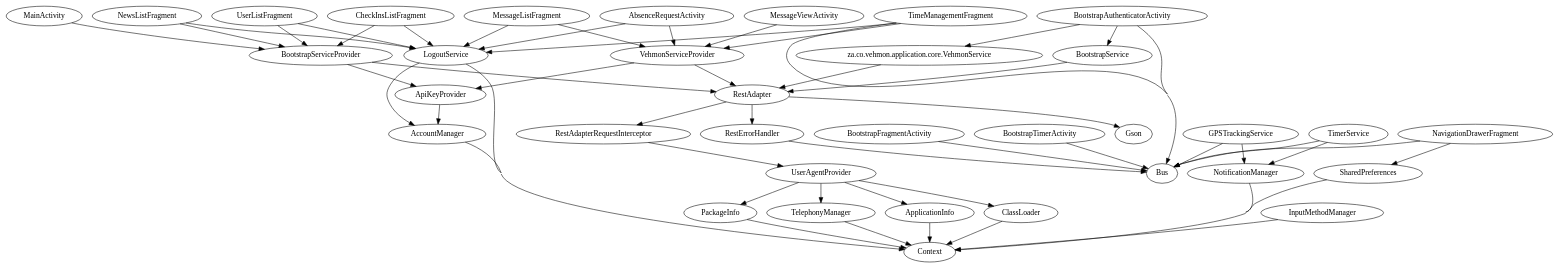
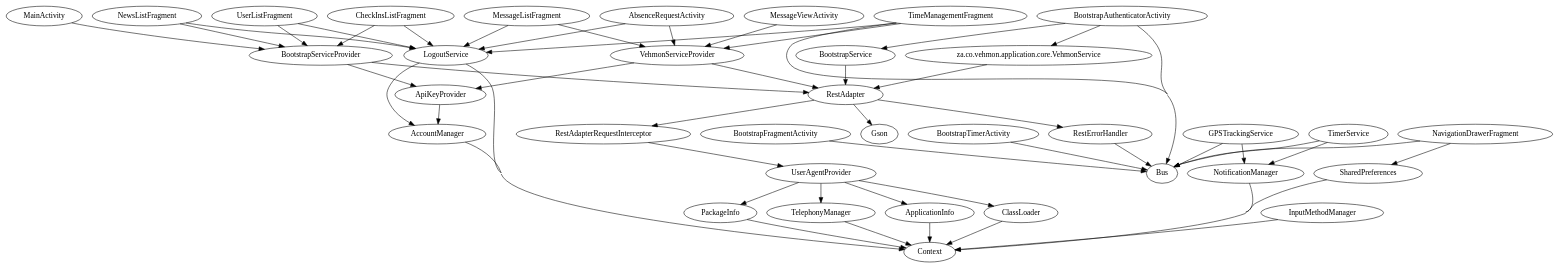
One commit to Renaldobenji/android-vehmon changed the diagram in app/build/intermediates/classes/debug/za/co/vehmon/application/RootModule.dot. Above: the diagram before and after it, drawn with Graphviz. The commit also changed other lines of this file and 139 other files, not shown here.

```diff
--- a/app/build/intermediates/classes/debug/za/co/vehmon/application/RootModule.dot
+++ b/app/build/intermediates/classes/debug/za/co/vehmon/application/RootModule.dot
@@ -1,56 +1,56 @@
 digraph G1 {
   concentrate = true;
   AbsenceRequestActivity -> LogoutService;
   AbsenceRequestActivity -> VehmonServiceProvider;
   AccountManager -> Context;
   ApiKeyProvider -> AccountManager;
   ApplicationInfo -> Context;
-  BootstrapAuthenticatorActivity -> Bus;
+  BootstrapAuthenticatorActivity -> BootstrapService;
   n2 [label="za.co.vehmon.application.core.VehmonService"];
   BootstrapAuthenticatorActivity -> n2;
-  BootstrapAuthenticatorActivity -> BootstrapService;
+  BootstrapAuthenticatorActivity -> Bus;
   BootstrapFragmentActivity -> Bus;
   BootstrapService -> RestAdapter;
+  BootstrapServiceProvider -> ApiKeyProvider;
   BootstrapServiceProvider -> RestAdapter;
-  BootstrapServiceProvider -> ApiKeyProvider;
   BootstrapTimerActivity -> Bus;
   CheckInsListFragment -> LogoutService;
   CheckInsListFragment -> BootstrapServiceProvider;
   ClassLoader -> Context;
   GPSTrackingService -> NotificationManager;
   GPSTrackingService -> Bus;
   InputMethodManager -> Context;
+  LogoutService -> Context;
   LogoutService -> AccountManager;
-  LogoutService -> Context;
   MainActivity -> BootstrapServiceProvider;
   MessageListFragment -> LogoutService;
   MessageListFragment -> VehmonServiceProvider;
   MessageViewActivity -> VehmonServiceProvider;
   NavigationDrawerFragment -> Bus;
   NavigationDrawerFragment -> SharedPreferences;
   NewsListFragment -> LogoutService;
   NewsListFragment -> BootstrapServiceProvider;
   NotificationManager -> Context;
   PackageInfo -> Context;
+  RestAdapter -> Gson;
+  RestAdapter -> RestErrorHandler;
   RestAdapter -> RestAdapterRequestInterceptor;
-  RestAdapter -> RestErrorHandler;
-  RestAdapter -> Gson;
   RestAdapterRequestInterceptor -> UserAgentProvider;
   RestErrorHandler -> Bus;
   SharedPreferences -> Context;
   TelephonyManager -> Context;
+  TimeManagementFragment -> LogoutService;
   TimeManagementFragment -> Bus;
-  TimeManagementFragment -> LogoutService;
   TimeManagementFragment -> VehmonServiceProvider;
   TimerService -> NotificationManager;
   TimerService -> Bus;
+  UserAgentProvider -> ApplicationInfo;
+  UserAgentProvider -> PackageInfo;
   UserAgentProvider -> ClassLoader;
-  UserAgentProvider -> ApplicationInfo;
   UserAgentProvider -> TelephonyManager;
-  UserAgentProvider -> PackageInfo;
   UserListFragment -> LogoutService;
   UserListFragment -> BootstrapServiceProvider;
+  VehmonServiceProvider -> ApiKeyProvider;
   VehmonServiceProvider -> RestAdapter;
-  VehmonServiceProvider -> ApiKeyProvider;
   n2 -> RestAdapter;
 }
```
